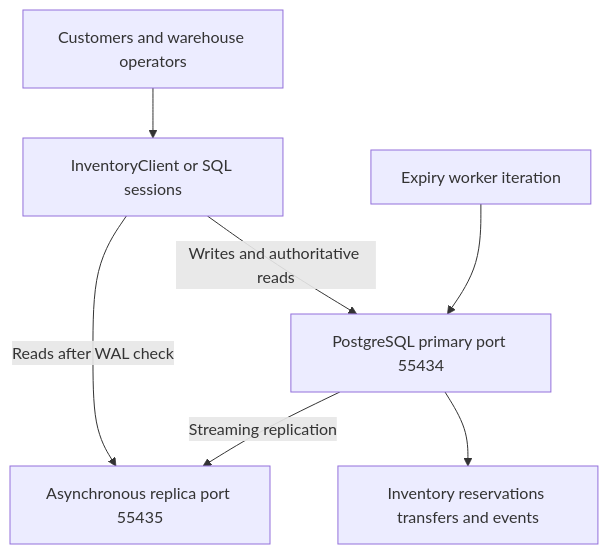
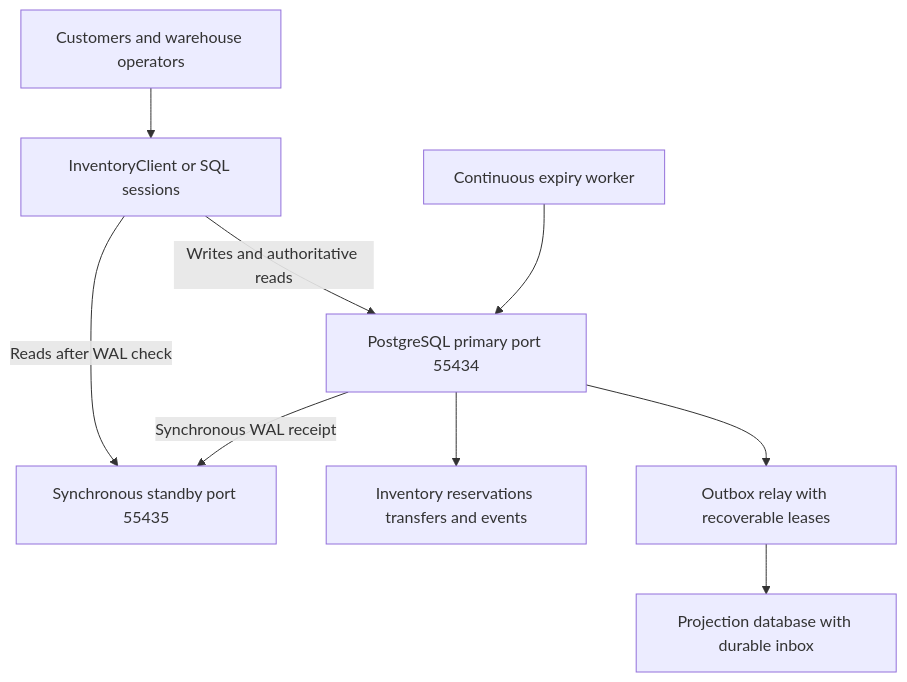
One commit to Madik981/inventory-management-db-design changed the first of 3 diagrams in REPORT.md. Above: the diagram before and after it, drawn with Mermaid. The commit also changed other lines of this file and 61 other files, not shown here.

````diff
--- a/REPORT.md
+++ b/REPORT.md
@@ -21,9 +21,11 @@
 ```mermaid
 flowchart TD
     A[Customers and warehouse operators] --> B[InventoryClient or SQL sessions]
     B -->|Writes and authoritative reads| C[PostgreSQL primary port 55434]
-    B -->|Reads after WAL check| D[Asynchronous replica port 55435]
-    C -->|Streaming replication| D
-    E[Expiry worker iteration] --> C
+    B -->|Reads after WAL check| D[Synchronous standby port 55435]
+    C -->|Synchronous WAL receipt| D
+    E[Continuous expiry worker] --> C
     C --> F[Inventory reservations transfers and events]
+    C --> G[Outbox relay with recoverable leases]
+    G --> H[Projection database with durable inbox]
 ```
````
